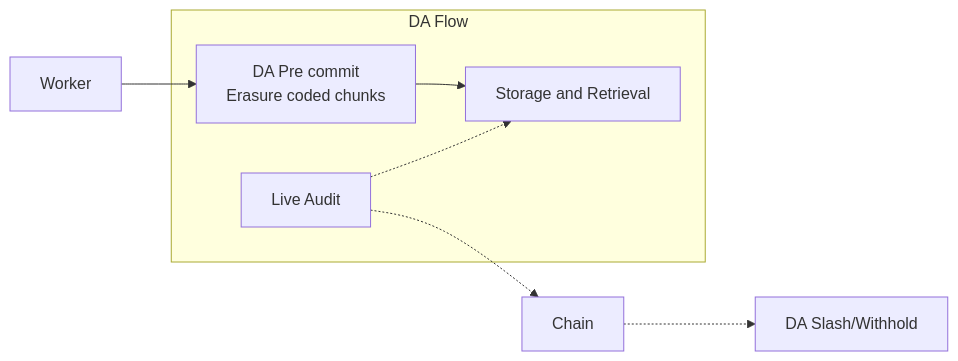
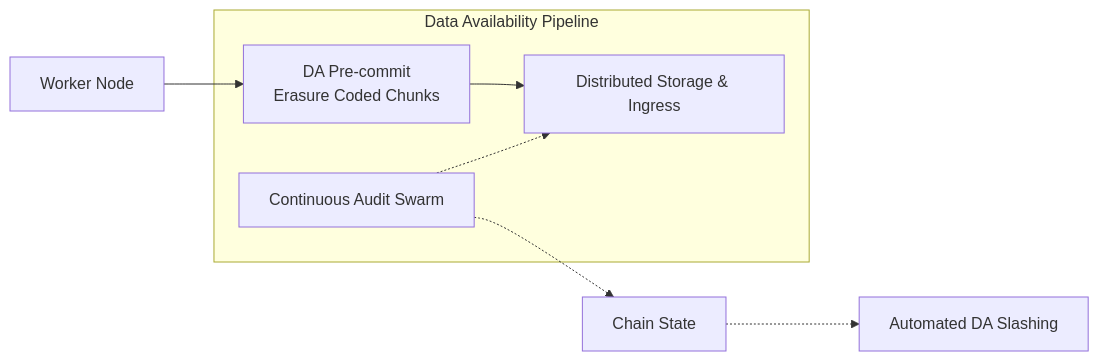
The sixth of 7 diagrams in docs/architecture/NAKHARAX_PROTOCOL.md (axionaxprotocol/nakharax), drawn with Mermaid before and after one commit. The commit also changed other lines of this file and 53 other files, not shown here.

````diff
--- a/docs/architecture/NAKHARAX_PROTOCOL.md
+++ b/docs/architecture/NAKHARAX_PROTOCOL.md
@@ -226,13 +198,13 @@
 ```mermaid
 flowchart LR
-    subgraph DAFlow["DA Flow"]
-        Pre["DA Pre commit<br/>Erasure coded chunks"]
-        Store["Storage and Retrieval"]
-        Audit["Live Audit"]
+    subgraph DAFlow["Data Availability Pipeline"]
+        Pre["DA Pre-commit<br/>Erasure Coded Chunks"]
+        Store["Distributed Storage & Ingress"]
+        Audit["Continuous Audit Swarm"]
     end
 
-    W["Worker"] --> Pre --> Store
+    W["Worker Node"] --> Pre --> Store
     Audit -.-> Store
-    Audit -.-> Chain["Chain"]
-    Chain -.-> Pen["DA Slash/Withhold"]
+    Audit -.-> Chain["Chain State"]
+    Chain -.-> Pen["Automated DA Slashing"]
 ```
````
